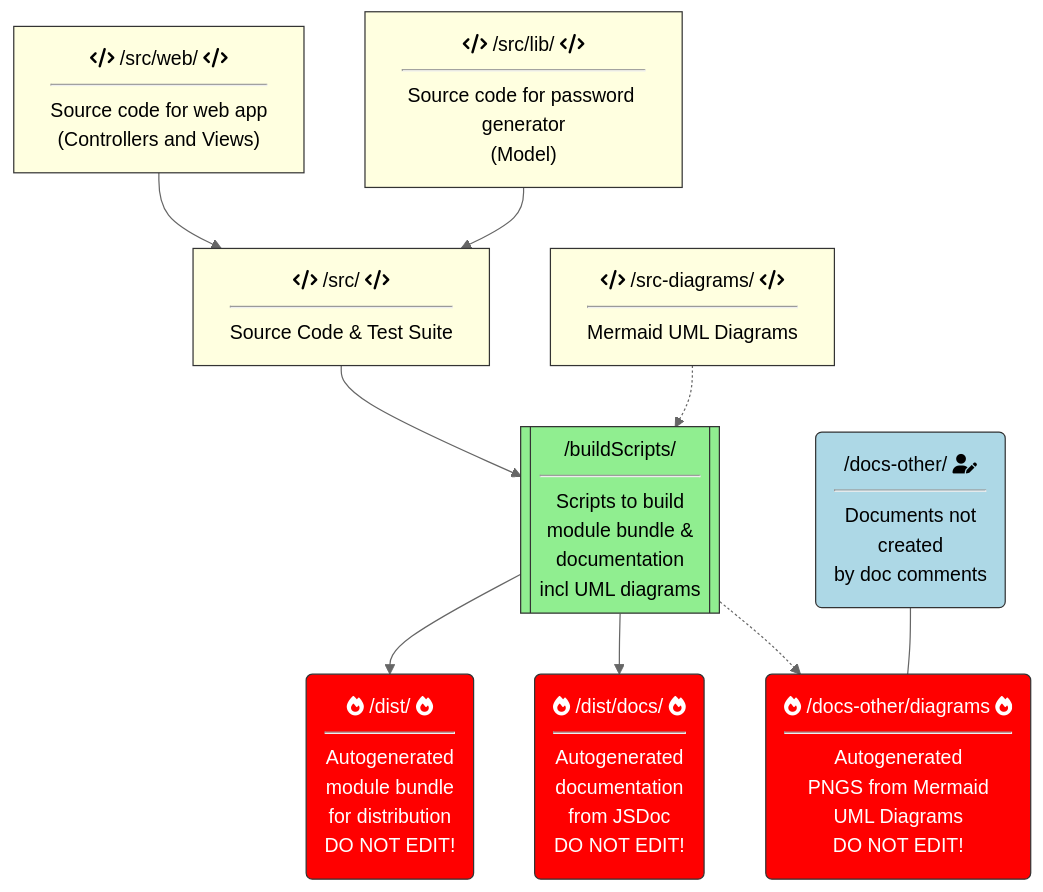
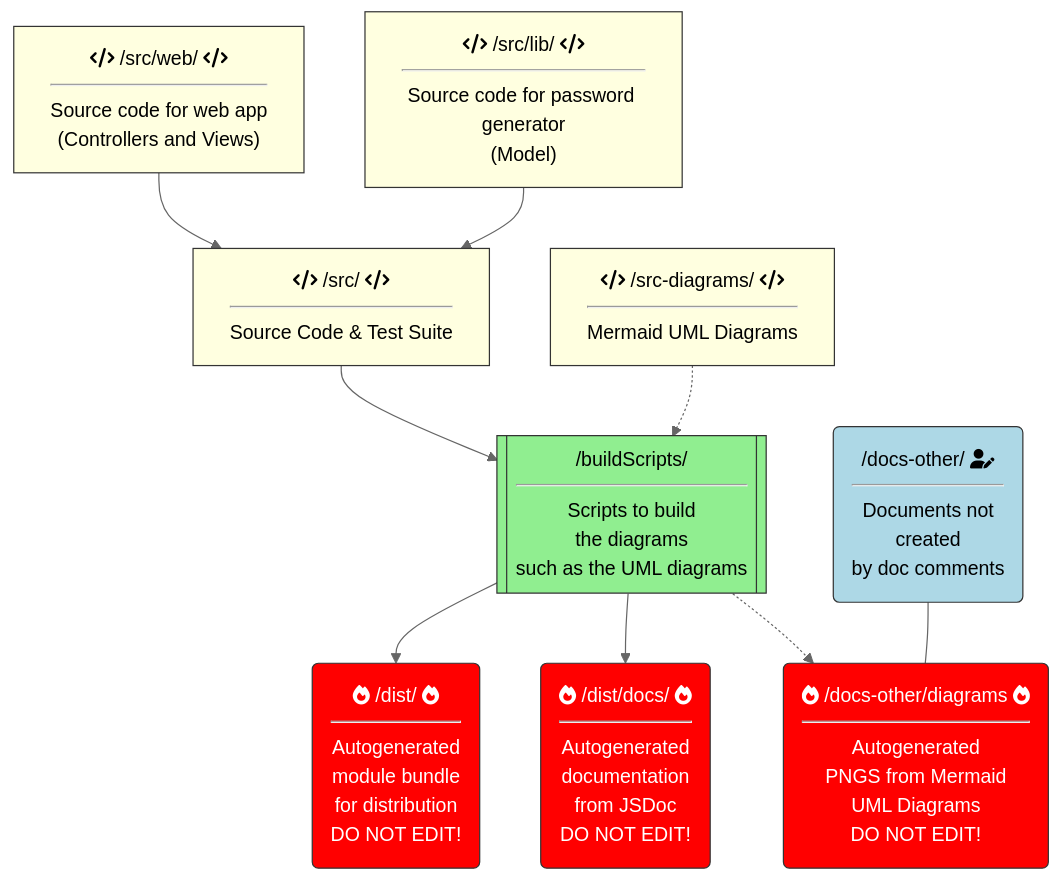
The diagram in src-diagrams/XKPasswdJS-docs-diagram.mmd.md (bartificer/xkpasswd-js), drawn with Mermaid (neutral theme) before and after one commit. The commit also changed 1 other file, not shown here.

Commit message:
FIX update diagram that explains the directory layout

````diff
--- a/src-diagrams/XKPasswdJS-docs-diagram.mmd.md
+++ b/src-diagrams/XKPasswdJS-docs-diagram.mmd.md
@@ -1,31 +1,32 @@
 ```mermaid
 %%{ init: { 'flowchart': { 'curve': 'basis' } } }%%
 
 flowchart TD
   web["fa:fa-code /src/web/ fa:fa-code<br><hr>Source code for web app<br/>(Controllers and Views)"] --> src
   lib["fa:fa-code /src/lib/ fa:fa-code<br><hr>Source code for password generator<br/>(Model)"] --> src
 	src["fa:fa-code /src/ fa:fa-code<br><hr>Source Code & Test Suite"]
-	--> buildScripts[["/buildScripts/<br><hr>Scripts to build<br>module bundle &<br>documentation<br>incl UML diagrams"]]
+	--> buildScripts[["/buildScripts/<br><hr>Scripts to build<br>the diagrams
+  such as the UML diagrams"]]
 	--> dist("fa:fa-fire /dist/ fa:fa-fire<br><hr>Autogenerated <br>module bundle<br>for distribution<br>DO NOT EDIT!") & docs("fa:fa-fire /dist/docs/ fa:fa-fire<br><hr>Autogenerated<br>documentation<br>from JSDoc<br>DO NOT EDIT!")
 
 	srcDiagrams["fa:fa-code /src-diagrams/ fa:fa-code<br><hr>Mermaid UML Diagrams"]
 	.-> buildScripts
 	.-> docsOtherDiagrams("fa:fa-fire /docs-other/diagrams fa:fa-fire <br><hr>Autogenerated<br>PNGS from Mermaid<br>UML Diagrams<br>DO NOT EDIT!")
 
 	docsOther("/docs-other/ fa:fa-user-edit<br><hr>Documents not<br>created<br> by doc comments") --- docsOtherDiagrams
 
 	classDef default stroke:#333
 	classDef doNotEdit color:#ffffff, fill:#ff0000
 	classDef inputSrc fill: #FFFFE0
 
 	style buildScripts fill:#90EE90
 	style docsOther fill: #ADD8E6
 
 	class src inputSrc;
 	class web inputSrc;
   class lib inputSrc;
 	class dist doNotEdit;
 	class docs doNotEdit;
 	class srcDiagrams inputSrc;
 	class docsOtherDiagrams doNotEdit;
 ```
````
